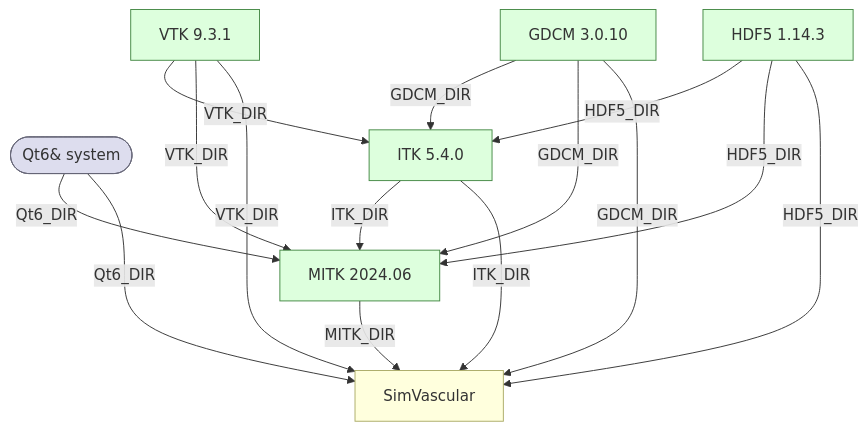
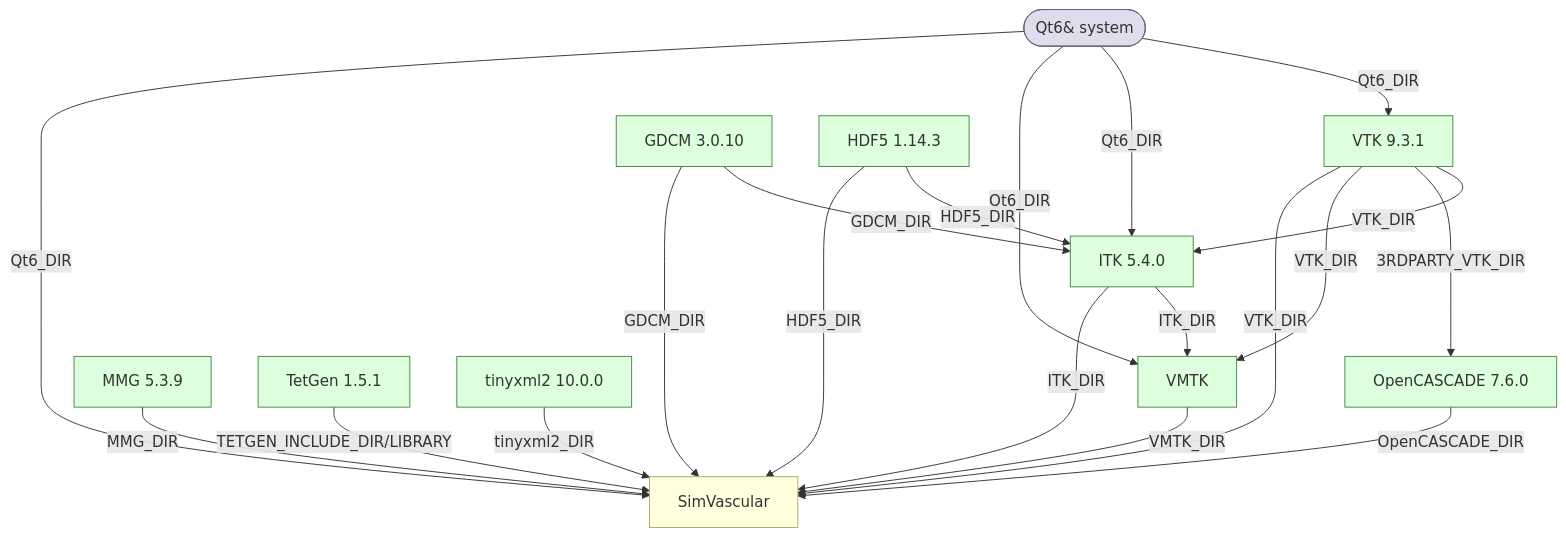
The diagram in Dependencies.md (SimVascular/SimVascularWIP), drawn with Mermaid before and after one commit. The commit also changed other lines of this file, not shown here.

````diff
--- a/Dependencies.md
+++ b/Dependencies.md
@@ -117,35 +176,44 @@
 ```mermaid
 graph TD
     Qt6([Qt6&#10;system]):::system
 
     VTK["VTK 9.3.1"]:::built
     GDCM["GDCM 3.0.10"]:::built
     HDF5["HDF5 1.14.3"]:::built
     ITK["ITK 5.4.0"]:::built
-    MITK["MITK 2024.06"]:::built
+    OCC["OpenCASCADE 7.6.0"]:::built
+    MMG["MMG 5.3.9"]:::built
+    TetGen["TetGen 1.5.1"]:::built
+    tinyxml2["tinyxml2 10.0.0"]:::built
+    VMTK["VMTK"]:::built
     SV["SimVascular"]:::project
 
-    Qt6 -->|Qt6_DIR| MITK
+    Qt6 -->|Qt6_DIR| VTK
+    Qt6 -->|Qt6_DIR| ITK
+    Qt6 -->|Qt6_DIR| VMTK
     Qt6 -->|Qt6_DIR| SV
 
     VTK -->|VTK_DIR| ITK
-    VTK -->|VTK_DIR| MITK
+    VTK -->|3RDPARTY_VTK_DIR| OCC
+    VTK -->|VTK_DIR| VMTK
     VTK -->|VTK_DIR| SV
 
     GDCM -->|GDCM_DIR| ITK
-    GDCM -->|GDCM_DIR| MITK
     GDCM -->|GDCM_DIR| SV
 
     HDF5 -->|HDF5_DIR| ITK
-    HDF5 -->|HDF5_DIR| MITK
     HDF5 -->|HDF5_DIR| SV
 
-    ITK -->|ITK_DIR| MITK
+    ITK -->|ITK_DIR| VMTK
     ITK -->|ITK_DIR| SV
 
-    MITK -->|MITK_DIR| SV
+    OCC -->|OpenCASCADE_DIR| SV
+    MMG -->|MMG_DIR| SV
+    TetGen -->|TETGEN_INCLUDE_DIR/LIBRARY| SV
+    tinyxml2 -->|tinyxml2_DIR| SV
+    VMTK -->|VMTK_DIR| SV
 
     classDef system fill:#dde,stroke:#667
     classDef built  fill:#dfd,stroke:#484
     classDef project fill:#ffd,stroke:#aa6
 ```
````
